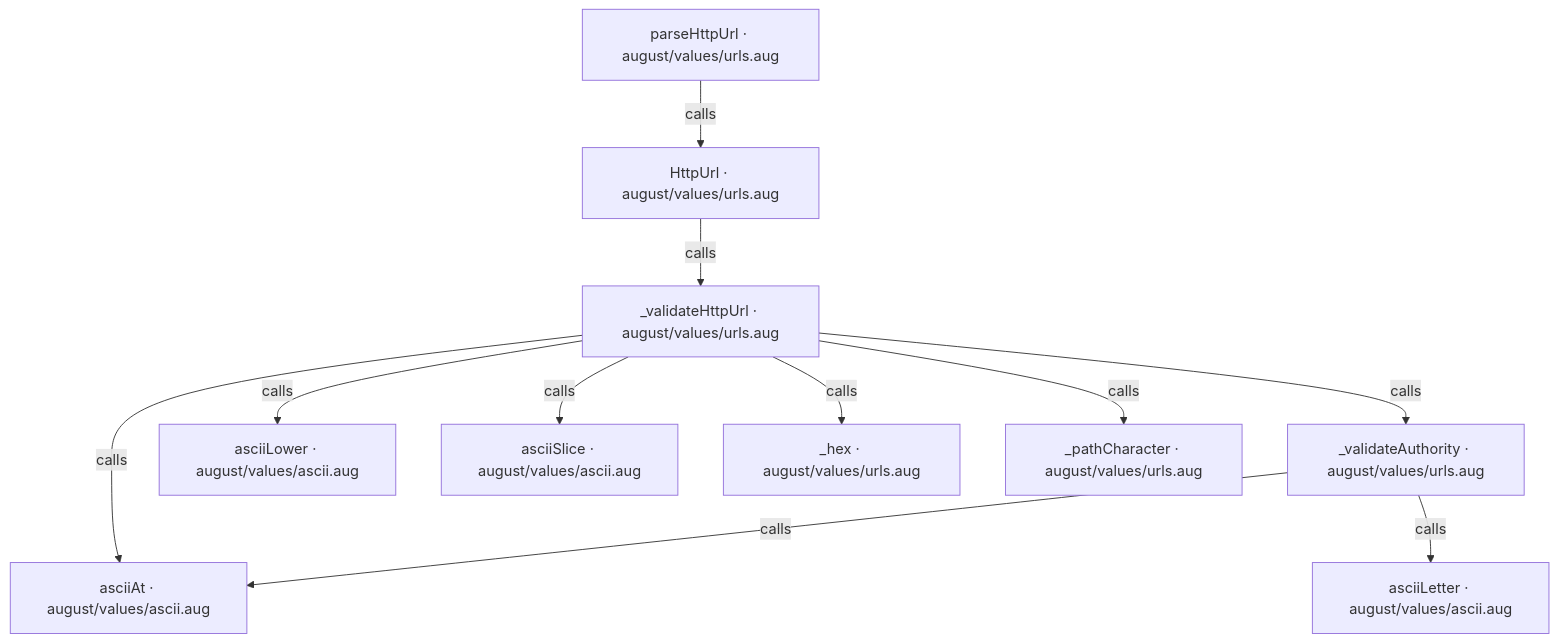
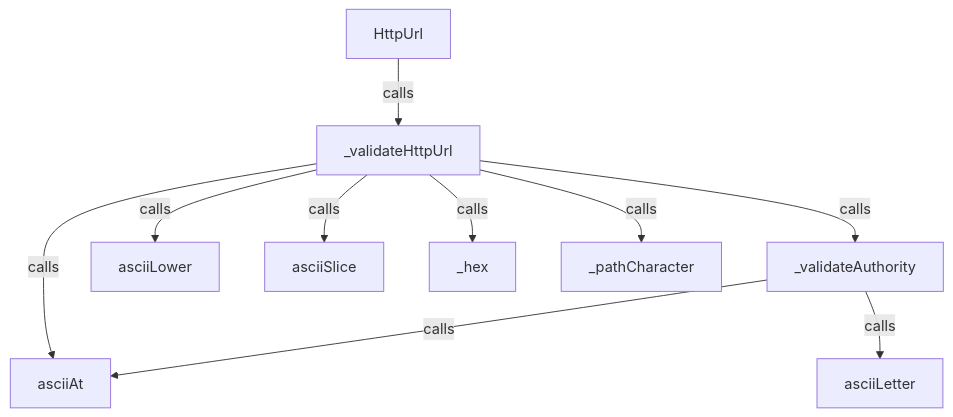
The first of 10 diagrams in src/stdlib/values/urls.aug.diagrams.md (GreenPandaStudios/augscript), drawn with Mermaid before and after one commit. The commit also changed other lines of this file and 524 other files, not shown here.

Commit message:
Explain checked data flow at folder and service levels

````diff
--- a/src/stdlib/values/urls.aug.diagrams.md
+++ b/src/stdlib/values/urls.aug.diagrams.md
@@ -9,23 +9,21 @@
 ```mermaid
 flowchart TD
-    n0["asciiAt · august/values/ascii.aug"]
-    n1["asciiLetter · august/values/ascii.aug"]
-    n2["asciiLower · august/values/ascii.aug"]
-    n3["asciiSlice · august/values/ascii.aug"]
-    n4["HttpUrl · august/values/urls.aug"]
-    n5["_hex · august/values/urls.aug"]
-    n6["_pathCharacter · august/values/urls.aug"]
-    n7["_validateAuthority · august/values/urls.aug"]
-    n8["_validateHttpUrl · august/values/urls.aug"]
-    n9["parseHttpUrl · august/values/urls.aug"]
+    n0["asciiAt"]
+    n1["asciiLetter"]
+    n2["asciiLower"]
+    n3["asciiSlice"]
+    n4["HttpUrl"]
+    n5["_hex"]
+    n6["_pathCharacter"]
+    n7["_validateAuthority"]
+    n8["_validateHttpUrl"]
     n4 -->|"calls"| n8
     n7 -->|"calls"| n0
     n7 -->|"calls"| n1
     n8 -->|"calls"| n0
     n8 -->|"calls"| n2
     n8 -->|"calls"| n3
     n8 -->|"calls"| n5
     n8 -->|"calls"| n6
     n8 -->|"calls"| n7
-    n9 -->|"calls"| n4
 ```
````
